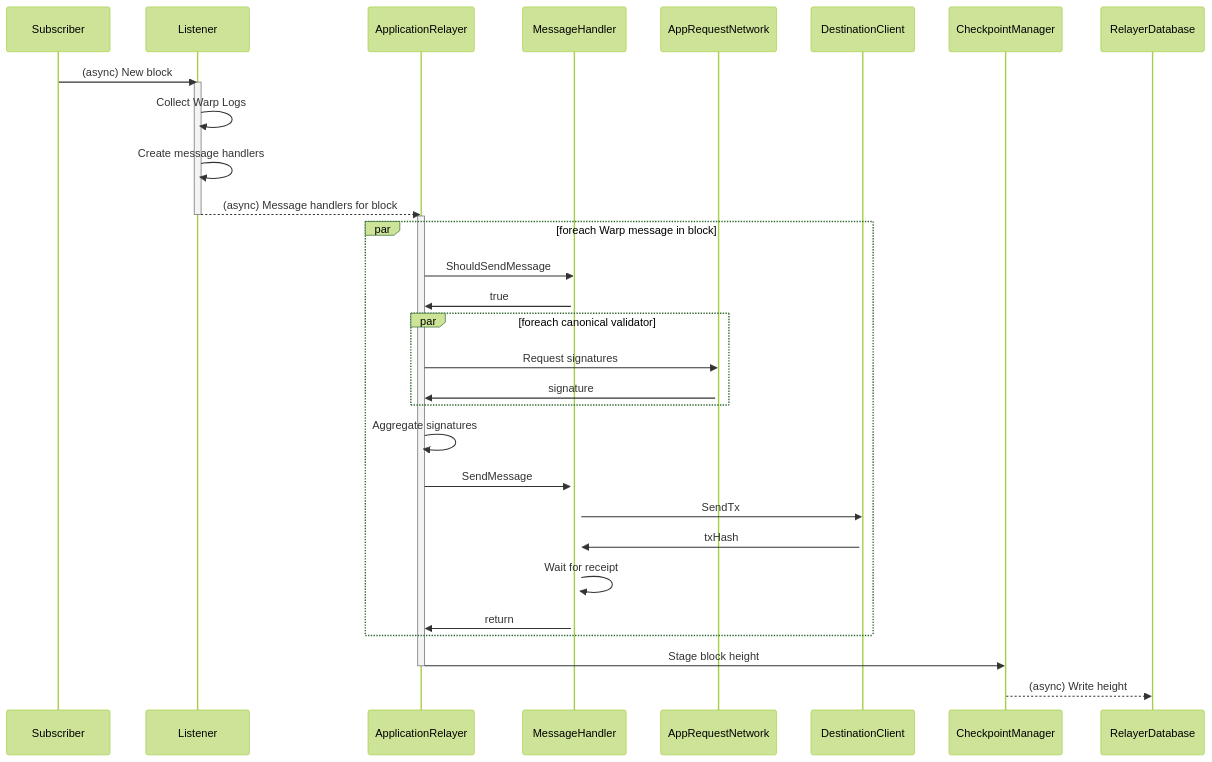
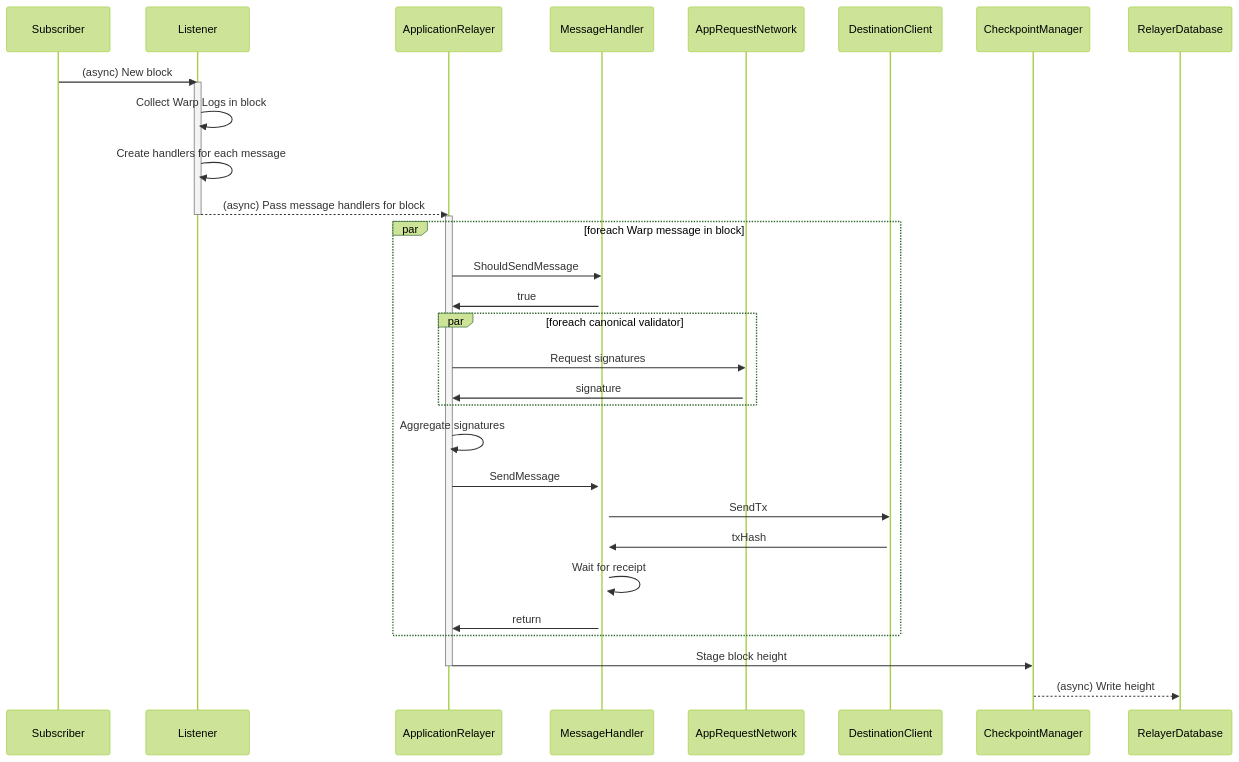
The diagram in docs/sequence.md (ava-labs/awm-relayer), drawn with Mermaid (forest theme) before and after one commit.

Commit message:
update wording

````diff
--- a/docs/sequence.md
+++ b/docs/sequence.md
@@ -3,42 +3,42 @@
 ```mermaid
 sequenceDiagram
     participant Subscriber
     participant Listener
     participant ApplicationRelayer
     participant MessageHandler
     participant AppRequestNetwork
     participant DestinationClient
     participant CheckpointManager
     participant RelayerDatabase
 
     Subscriber->>Listener : (async) New block
     activate Listener
-    Listener->>Listener : Collect Warp Logs
-    Listener->>Listener : Create message handlers
-    Listener-->>ApplicationRelayer : (async) Message handlers for block
+    Listener->>Listener : Collect Warp Logs in block
+    Listener->>Listener : Create handlers for each message
+    Listener-->>ApplicationRelayer : (async) Pass message handlers for block
     deactivate Listener
     activate ApplicationRelayer
     par foreach Warp message in block
         ApplicationRelayer->>MessageHandler : ShouldSendMessage
         activate MessageHandler
         MessageHandler->>ApplicationRelayer : true
 
         par foreach canonical validator
             ApplicationRelayer->>AppRequestNetwork : Request signatures
             activate AppRequestNetwork
             AppRequestNetwork->>ApplicationRelayer : signature
         end
         ApplicationRelayer->>ApplicationRelayer : Aggregate signatures
 
         ApplicationRelayer->>MessageHandler : SendMessage
         activate MessageHandler
         MessageHandler->>DestinationClient : SendTx
         activate DestinationClient
         DestinationClient->>MessageHandler : txHash
         MessageHandler->>MessageHandler : Wait for receipt
         MessageHandler->>ApplicationRelayer : return
     end
     ApplicationRelayer->>CheckpointManager : Stage block height
     deactivate ApplicationRelayer
     CheckpointManager-->>RelayerDatabase : (async) Write height
 ```
````
